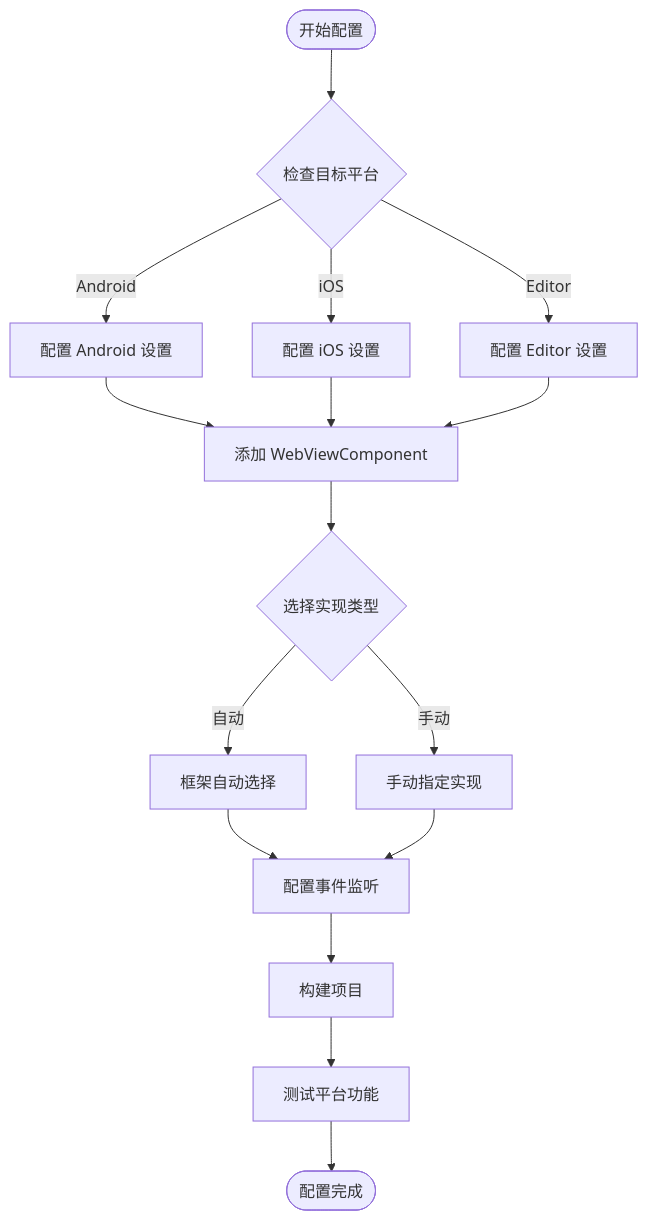
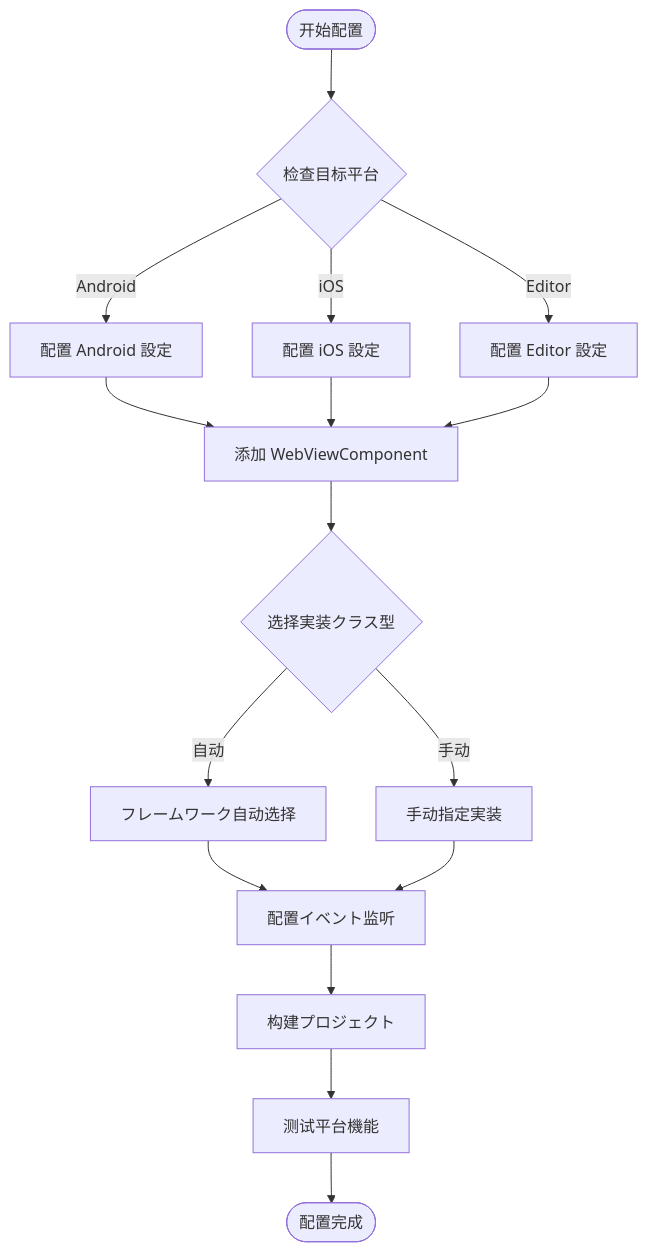
Before and after one commit to AlianBlank/GameFrameX.Docs: the second of 2 diagrams in docs/ja/client/unity/component/webview/05.platforms.md, drawn with Mermaid. The commit also changed other lines of this file and 603 other files, not shown here.

````diff
--- a/docs/ja/client/unity/component/webview/05.platforms.md
+++ b/docs/ja/client/unity/component/webview/05.platforms.md
@@ -137,24 +137,24 @@
 ```mermaid
 flowchart TD
     Start([开始配置]) --> CheckPlatform{检查目标平台}
     
-    CheckPlatform -->|Android| AndroidConfig[配置 Android 设置]
-    CheckPlatform -->|iOS| iOSConfig[配置 iOS 设置]
-    CheckPlatform -->|Editor| EditorConfig[配置 Editor 设置]
+    CheckPlatform -->|Android| AndroidConfig[配置 Android 設定]
+    CheckPlatform -->|iOS| iOSConfig[配置 iOS 設定]
+    CheckPlatform -->|Editor| EditorConfig[配置 Editor 設定]
     
     AndroidConfig --> AddComponent[添加 WebViewComponent]
     iOSConfig --> AddComponent
     EditorConfig --> AddComponent
     
-    AddComponent --> SelectImpl{选择实现类型}
+    AddComponent --> SelectImpl{选择実装クラス型}
     
-    SelectImpl -->|自动| AutoSelect[框架自动选择]
-    SelectImpl -->|手动| ManualSelect[手动指定实现]
+    SelectImpl -->|自动| AutoSelect[フレームワーク自动选择]
+    SelectImpl -->|手动| ManualSelect[手动指定実装]
     
-    AutoSelect --> ConfigEvent[配置事件监听]
+    AutoSelect --> ConfigEvent[配置イベント监听]
     ManualSelect --> ConfigEvent
     
-    ConfigEvent --> BuildProject[构建项目]
-    BuildProject --> TestPlatform[测试平台功能]
+    ConfigEvent --> BuildProject[构建プロジェクト]
+    BuildProject --> TestPlatform[测试平台機能]
     TestPlatform --> End([配置完成])
 ```
````
